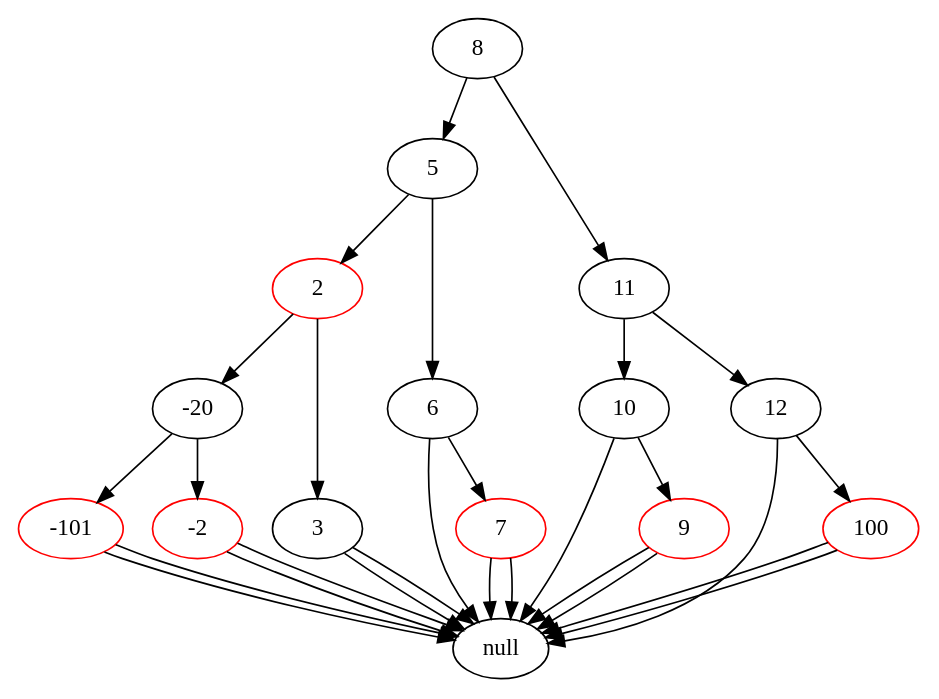
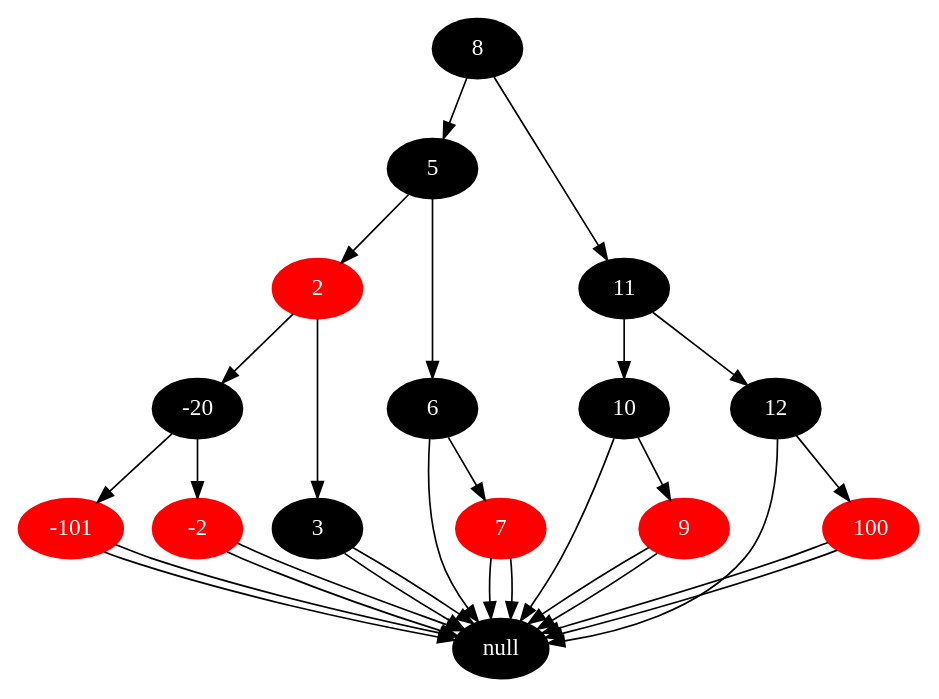
The diagram in Lab1/tree.dot (rvgorlov/Sibsutis_SAOD), drawn with Graphviz before and after one commit. The commit also changed 3 other files, not shown here.

```diff
--- a/Lab1/tree.dot
+++ b/Lab1/tree.dot
@@ -1,59 +1,60 @@
 digraph rbtree {
+node [style=filled,fontcolor=white]
 8[color=black]
 5[color=black]
 2[color=red]
 -20[color=black]
 -101[color=red]
 null[color=black]
 -101 -> null
 null[color=black]
 -101 -> null
 -20 -> -101
 -2[color=red]
 null[color=black]
 -2 -> null
 null[color=black]
 -2 -> null
 -20 -> -2
 2 -> -20
 3[color=black]
 null[color=black]
 3 -> null
 null[color=black]
 3 -> null
 2 -> 3
 5 -> 2
 6[color=black]
 null[color=black]
 6 -> null
 7[color=red]
 null[color=black]
 7 -> null
 null[color=black]
 7 -> null
 6 -> 7
 5 -> 6
 8 -> 5
 11[color=black]
 10[color=black]
 9[color=red]
 null[color=black]
 9 -> null
 null[color=black]
 9 -> null
 10 -> 9
 null[color=black]
 10 -> null
 11 -> 10
 12[color=black]
 null[color=black]
 12 -> null
 100[color=red]
 null[color=black]
 100 -> null
 null[color=black]
 100 -> null
 12 -> 100
 11 -> 12
 8 -> 11
 }
```
